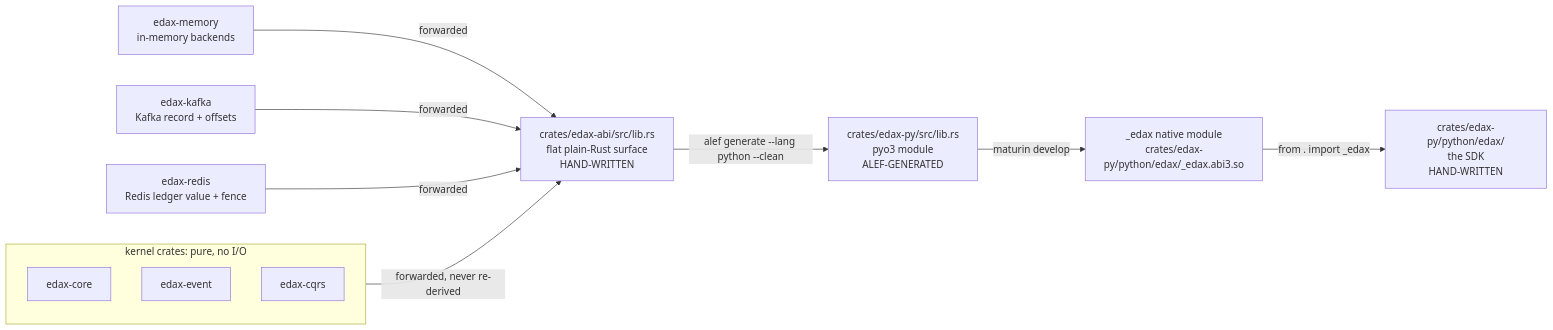
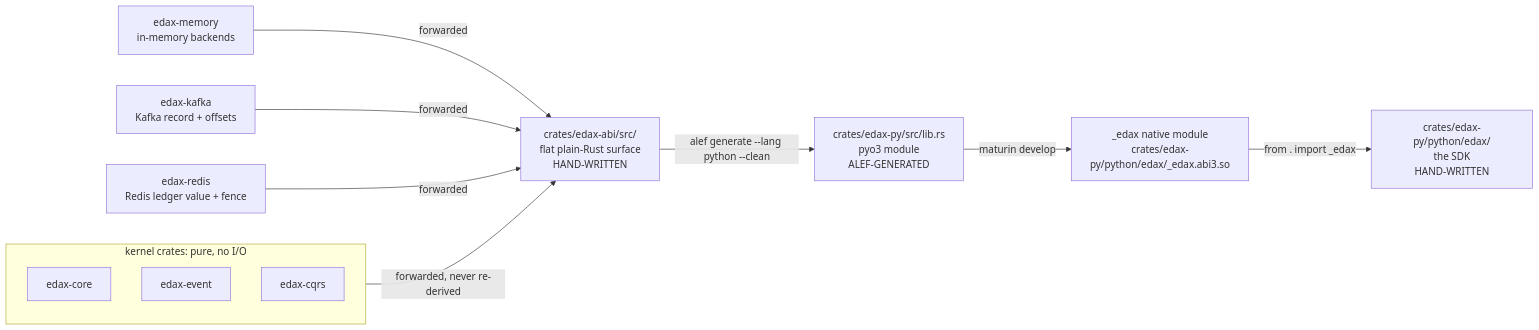
Before and after one commit to haskian/edax: the third of 3 diagrams in docs/guides/getting-started.md, drawn with Mermaid. The commit also changed other lines of this file and 288 other files, not shown here.

````diff
--- a/docs/guides/getting-started.md
+++ b/docs/guides/getting-started.md
@@ -287,24 +287,24 @@
 ```mermaid
 flowchart LR
     subgraph kernels["kernel crates: pure, no I/O"]
         direction TB
         K1["edax-core"]
         K2["edax-event"]
         K3["edax-cqrs"]
     end
     MEM["edax-memory<br/>in-memory backends"]
     KAF["edax-kafka<br/>Kafka record + offsets"]
     RED["edax-redis<br/>Redis ledger value + fence"]
-    ABI["crates/edax-abi/src/lib.rs<br/>flat plain-Rust surface<br/>HAND-WRITTEN"]
+    ABI["crates/edax-abi/src/<br/>flat plain-Rust surface<br/>HAND-WRITTEN"]
     GEN["crates/edax-py/src/lib.rs<br/>pyo3 module<br/>ALEF-GENERATED"]
     SO["_edax native module<br/>crates/edax-py/python/edax/_edax.abi3.so"]
     PKG["crates/edax-py/python/edax/<br/>the SDK<br/>HAND-WRITTEN"]
 
     kernels -->|"forwarded, never re-derived"| ABI
     MEM -->|"forwarded"| ABI
     KAF -->|"forwarded"| ABI
     RED -->|"forwarded"| ABI
     ABI -->|"alef generate --lang python --clean"| GEN
     GEN -->|"maturin develop"| SO
     SO -->|"from . import _edax"| PKG
 ```
````
